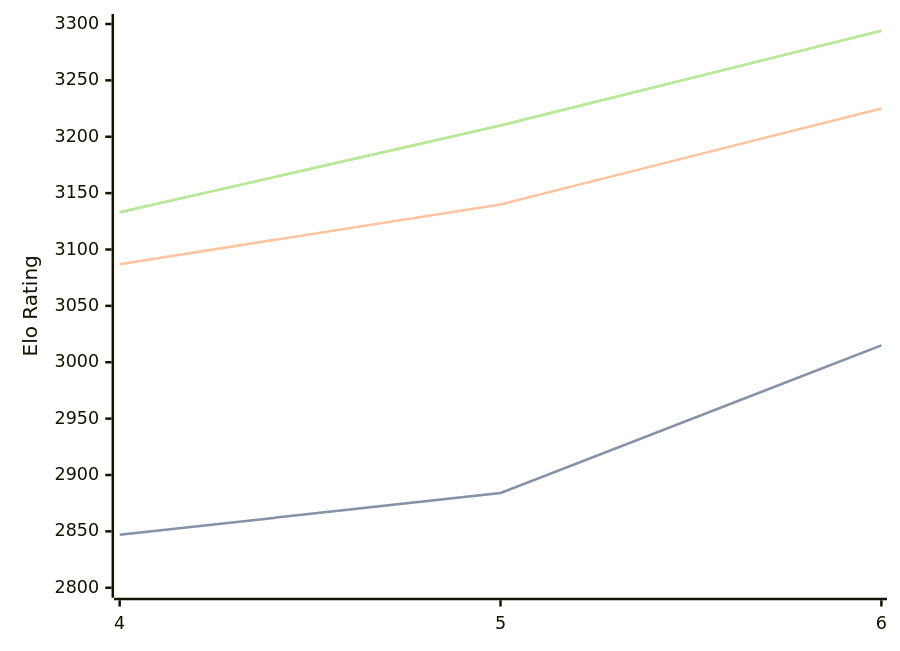
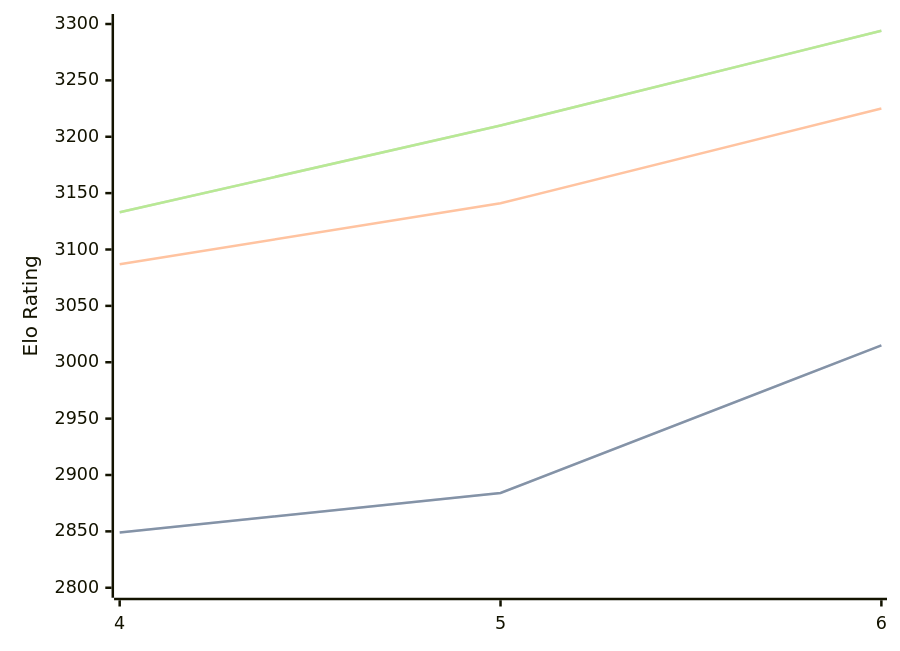
One commit to computer-chess-index/cci changed the diagram in engines/Cwtch.md. Above: the diagram before and after it, drawn with Mermaid. The commit also changed other lines of this file, not shown here.

````diff
--- a/engines/Cwtch.md
+++ b/engines/Cwtch.md
@@ -34,11 +34,11 @@
 ```mermaid
 %%{init: {"theme":"base","themeVariables":{"seriesColors:['#a3a3a3','#222221','#faa371']}}}%%
 xychart-beta
   x-axis ["4", "5", "6"]
   y-axis "Elo Rating" 2800 --> 3300
-  line "" [2847, 2884, 3015]
-  line "STC (8.0+0.08s)" [2847, 2884, 3015]
-  line "LTC (60.0+0.60s)" [3087, 3140, 3225]
+  line "" [2849, 2884, 3015]
+  line "STC (8.0+0.08s)" [2849, 2884, 3015]
+  line "LTC (60.0+0.60s)" [3087, 3141, 3225]
   line "" [3133, 3210, 3294]
   line "VLTC (2m24s+1.12s)" [3133, 3210, 3294]
 ```
````
